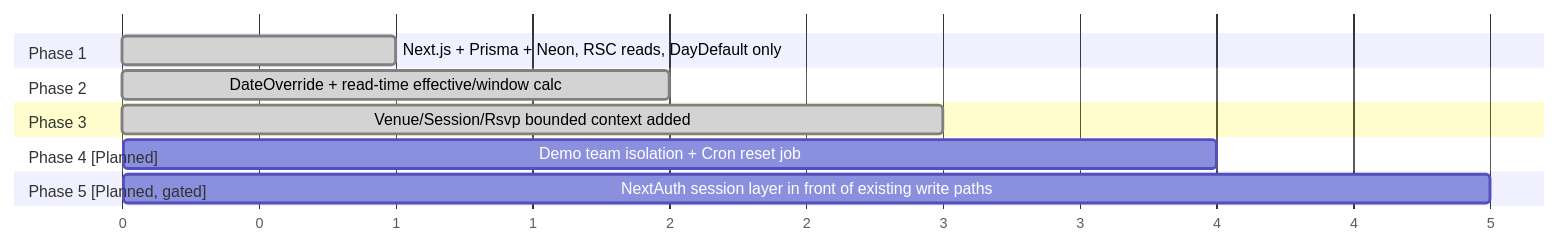
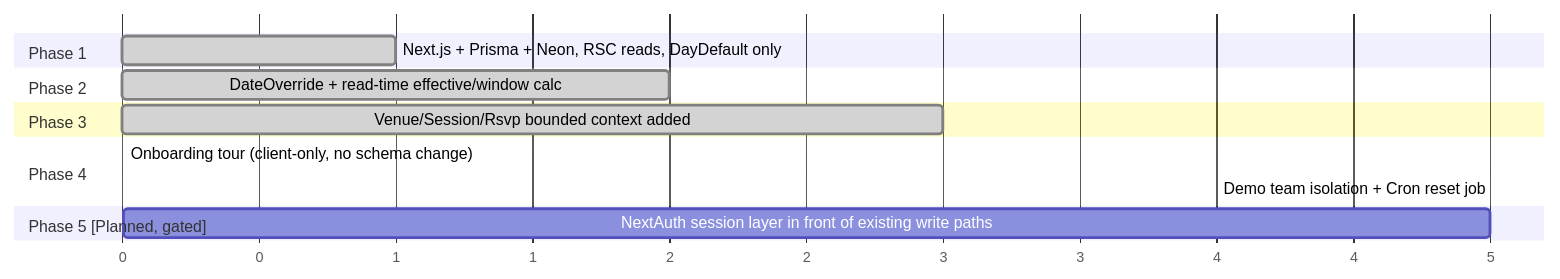
Diagram 11 of 11 in context/practiceRuns-Architecture.md (tmdbah/practice-runs), drawn with Mermaid before and after one commit. The commit also changed other lines of this file and 15 other files, not shown here.

First line of the commit message:
feat: implement onboarding tour for new users

````diff
--- a/context/practiceRuns-Architecture.md
+++ b/context/practiceRuns-Architecture.md
@@ -376,15 +381,16 @@
 ```mermaid
 gantt
     dateFormat X
     axisFormat %s
     section Phase 1
     Next.js + Prisma + Neon, RSC reads, DayDefault only :done, p1, 0, 1
     section Phase 2
     DateOverride + read-time effective/window calc :done, p2, 1, 2
     section Phase 3
     Venue/Session/Rsvp bounded context added :done, p3, 2, 3
-    section Phase 4 [Planned]
-    Demo team isolation + Cron reset job :p4, 3, 4
+    section Phase 4
+    Onboarding tour (client-only, no schema change) :done, p4a, 3, 3.5
+    Demo team isolation + Cron reset job :p4, 3.5, 4
     section Phase 5 [Planned, gated]
     NextAuth session layer in front of existing write paths :p5, 4, 5
 ```
````
